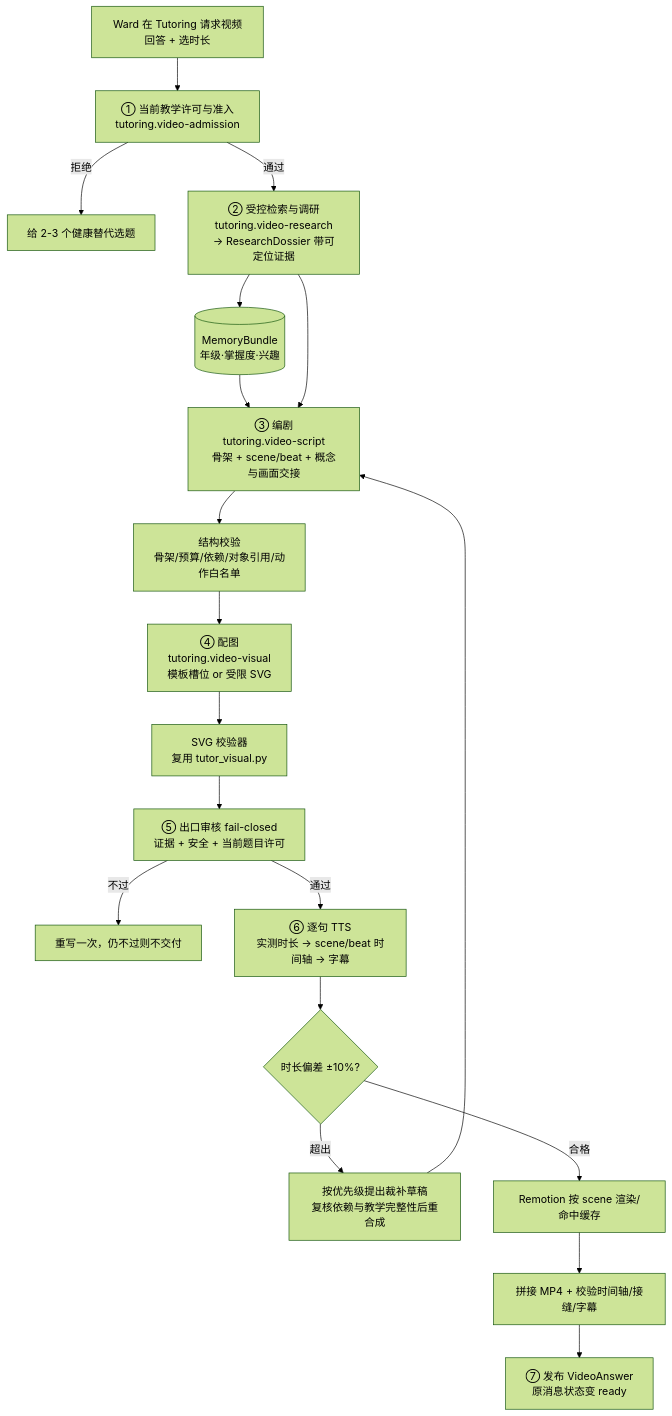
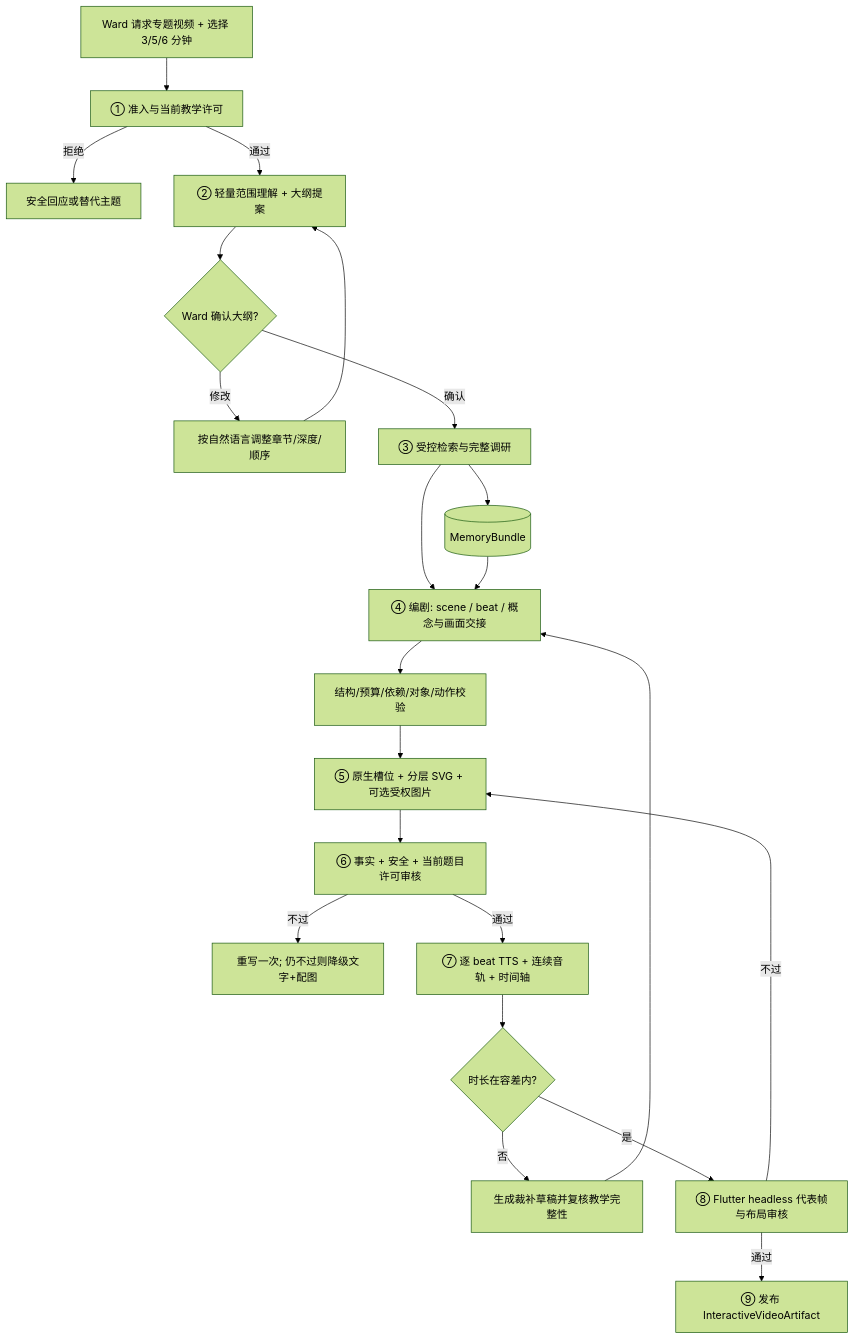
One commit to johanchow/duxue changed the diagram in docs/technical/tutoring-video-answer.md. Above: the diagram before and after it, drawn with Mermaid (forest theme). The commit also changed other lines of this file, not shown here.

````diff
--- a/docs/technical/tutoring-video-answer.md
+++ b/docs/technical/tutoring-video-answer.md
@@ -203,21 +274,22 @@
 ```mermaid
 flowchart TB
-    W[Ward 在 Tutoring 请求视频回答 + 选时长] --> A[① 当前教学许可与准入<br/>tutoring.video-admission]
-    A -- 拒绝 --> RJ[给 2-3 个健康替代选题]
-    A -- 通过 --> R[② 受控检索与调研<br/>tutoring.video-research<br/>→ ResearchDossier 带可定位证据]
-    R --> MB[(MemoryBundle<br/>年级·掌握度·兴趣)]
-    MB --> S[③ 编剧<br/>tutoring.video-script<br/>骨架 + scene/beat + 概念与画面交接]
-    R --> S
-    S --> SC[结构校验<br/>骨架/预算/依赖/对象引用/动作白名单]
-    SC --> V[④ 配图<br/>tutoring.video-visual<br/>模板槽位 or 受限 SVG]
-    V --> VV[SVG 校验器<br/>复用 tutor_visual.py]
-    VV --> G[⑤ 出口审核 fail-closed<br/>证据 + 安全 + 当前题目许可]
-    G -- 不过 --> RW[重写一次，仍不过则不交付]
-    G -- 通过 --> T[⑥ 逐句 TTS<br/>实测时长 → scene/beat 时间轴 → 字幕]
-    T --> DUR{时长偏差 ±10%?}
-    DUR -- 超出 --> TRIM[按优先级提出裁补草稿<br/>复核依赖与教学完整性后重合成]
-    TRIM --> S
-    DUR -- 合格 --> RD[Remotion 按 scene 渲染/命中缓存]
-    RD --> CAT[拼接 MP4 + 校验时间轴/接缝/字幕]
-    CAT --> N[⑦ 发布 VideoAnswer<br/>原消息状态变 ready]
+    W[Ward 请求专题视频 + 选择 3/5/6 分钟] --> A[① 准入与当前教学许可]
+    A -- 拒绝 --> RJ[安全回应或替代主题]
+    A -- 通过 --> O[② 轻量范围理解 + 大纲提案]
+    O --> OC{Ward 确认大纲?}
+    OC -- 修改 --> OR[按自然语言调整章节/深度/顺序] --> O
+    OC -- 确认 --> R[③ 受控检索与完整调研]
+    R --> MB[(MemoryBundle)]
+    R --> S[④ 编剧: scene / beat / 概念与画面交接]
+    MB --> S
+    S --> SC[结构/预算/依赖/对象/动作校验]
+    SC --> V[⑤ 原生槽位 + 分层 SVG + 可选受权图片]
+    V --> G[⑥ 事实 + 安全 + 当前题目许可审核]
+    G -- 不过 --> RW[重写一次; 仍不过则降级文字+配图]
+    G -- 通过 --> T[⑦ 逐 beat TTS + 连续音轨 + 时间轴]
+    T --> DUR{时长在容差内?}
+    DUR -- 否 --> TRIM[生成裁补草稿并复核教学完整性] --> S
+    DUR -- 是 --> HR[⑧ Flutter headless 代表帧与布局审核]
+    HR -- 不过 --> V
+    HR -- 通过 --> P[⑨ 发布 InteractiveVideoArtifact]
 ```
````
